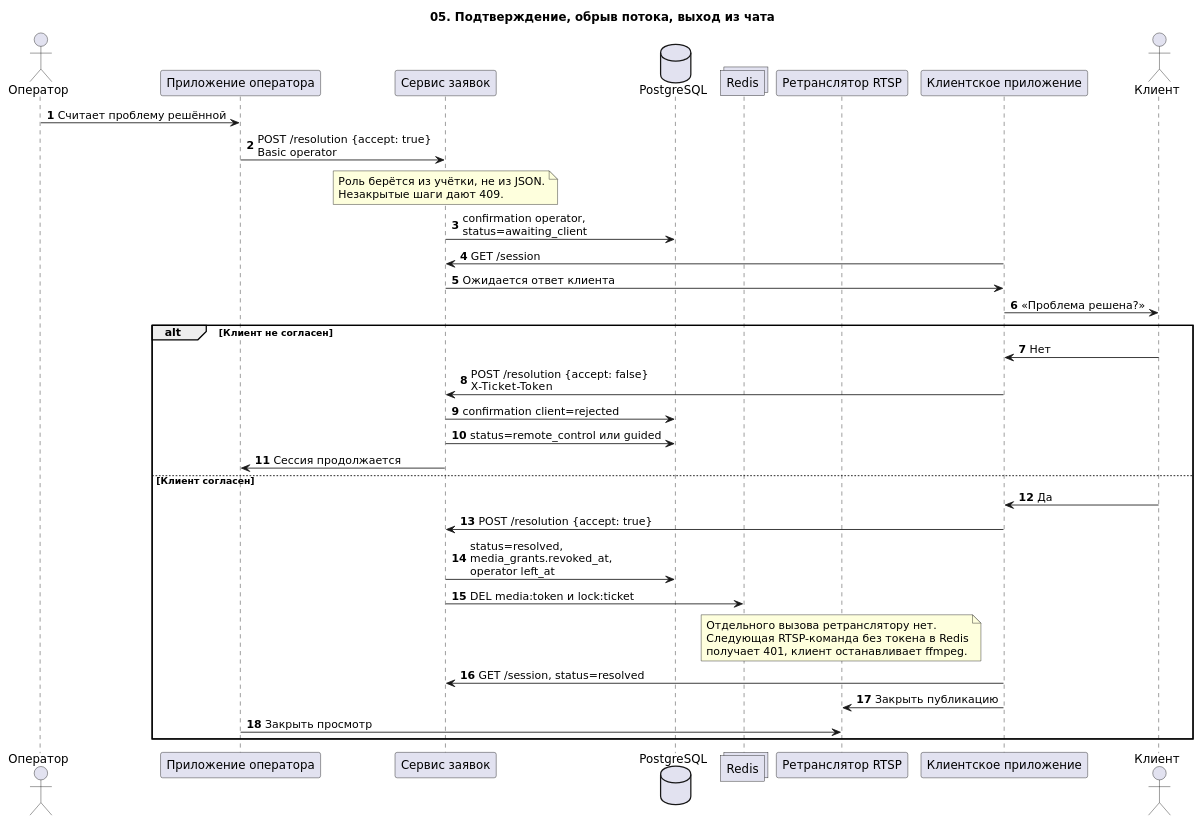
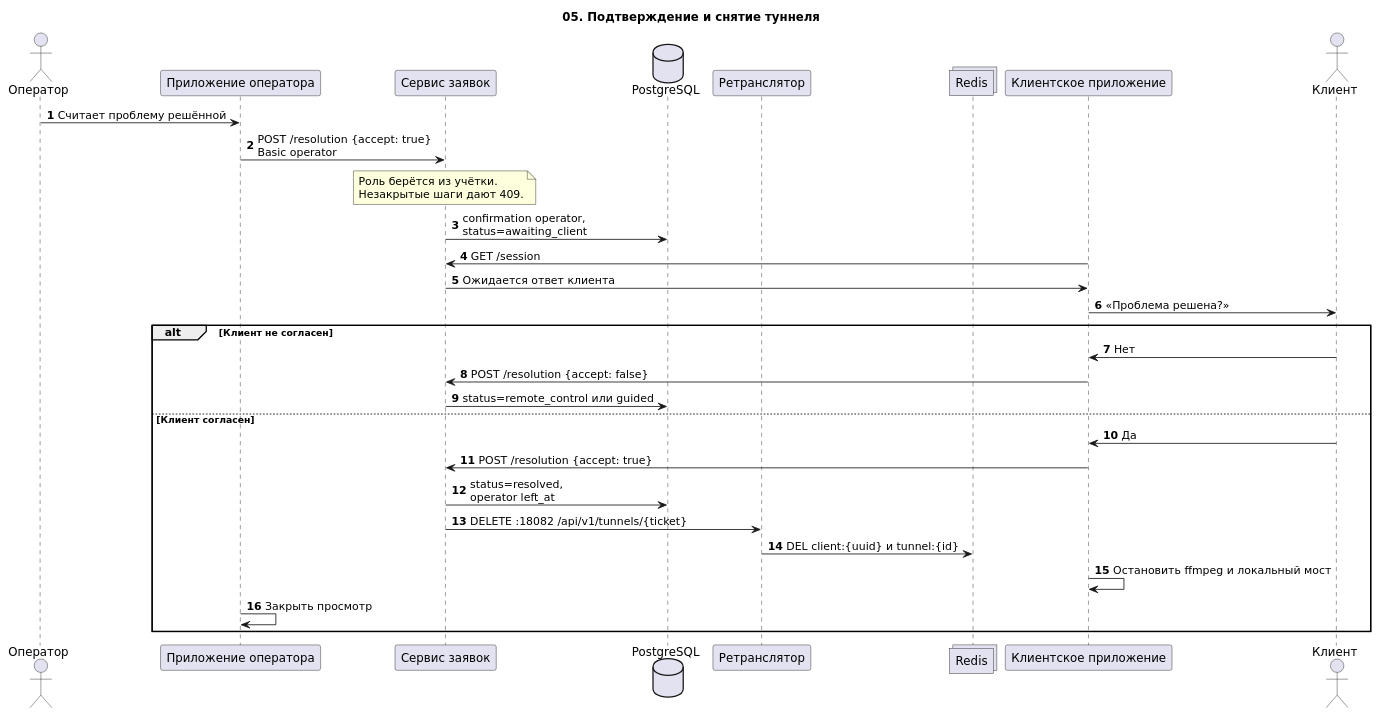
One commit to atroxxxxxx/team-viewer changed the diagram in docs/uml/05-session-end.puml. Above: the diagram before and after it, drawn with PlantUML. The commit also changed 80 other files, not shown here.

```diff
--- a/docs/uml/05-session-end.puml
+++ b/docs/uml/05-session-end.puml
@@ -1,47 +1,40 @@
 @startuml 05-session-end
-title 05. Подтверждение, обрыв потока, выход из чата
+title 05. Подтверждение и снятие туннеля
 skinparam defaultFontName DejaVu Sans
 skinparam sequenceMessageAlign left
 autonumber
 
 actor "Оператор" as Operator
 participant "Приложение оператора" as OpApp
 participant "Сервис заявок" as Tickets
 database "PostgreSQL" as DB
+participant "Ретранслятор" as Relay
 collections "Redis" as Cache
-participant "Ретранслятор RTSP" as Relay
 participant "Клиентское приложение" as Client
 actor "Клиент" as User
 
 Operator -> OpApp : Считает проблему решённой
 OpApp -> Tickets : POST /resolution {accept: true}\nBasic operator
 note over Tickets
-  Роль берётся из учётки, не из JSON.
+  Роль берётся из учётки.
   Незакрытые шаги дают 409.
 end note
 Tickets -> DB : confirmation operator,\nstatus=awaiting_client
 Client -> Tickets : GET /session
 Tickets -> Client : Ожидается ответ клиента
 Client -> User : «Проблема решена?»
 
 alt Клиент не согласен
   User -> Client : Нет
-  Client -> Tickets : POST /resolution {accept: false}\nX-Ticket-Token
-  Tickets -> DB : confirmation client=rejected
+  Client -> Tickets : POST /resolution {accept: false}
   Tickets -> DB : status=remote_control или guided
-  Tickets -> OpApp : Сессия продолжается
 else Клиент согласен
   User -> Client : Да
   Client -> Tickets : POST /resolution {accept: true}
-  Tickets -> DB : status=resolved,\nmedia_grants.revoked_at,\noperator left_at
-  Tickets -> Cache : DEL media:token и lock:ticket
-  note over Relay
-    Отдельного вызова ретранслятору нет.
-    Следующая RTSP-команда без токена в Redis
-    получает 401, клиент останавливает ffmpeg.
-  end note
-  Client -> Tickets : GET /session, status=resolved
-  Client -> Relay : Закрыть публикацию
-  OpApp -> Relay : Закрыть просмотр
+  Tickets -> DB : status=resolved,\noperator left_at
+  Tickets -> Relay : DELETE :18082 /api/v1/tunnels/{ticket}
+  Relay -> Cache : DEL client:{uuid} и tunnel:{id}
+  Client -> Client : Остановить ffmpeg и локальный мост
+  OpApp -> OpApp : Закрыть просмотр
 end
 @enduml
```
